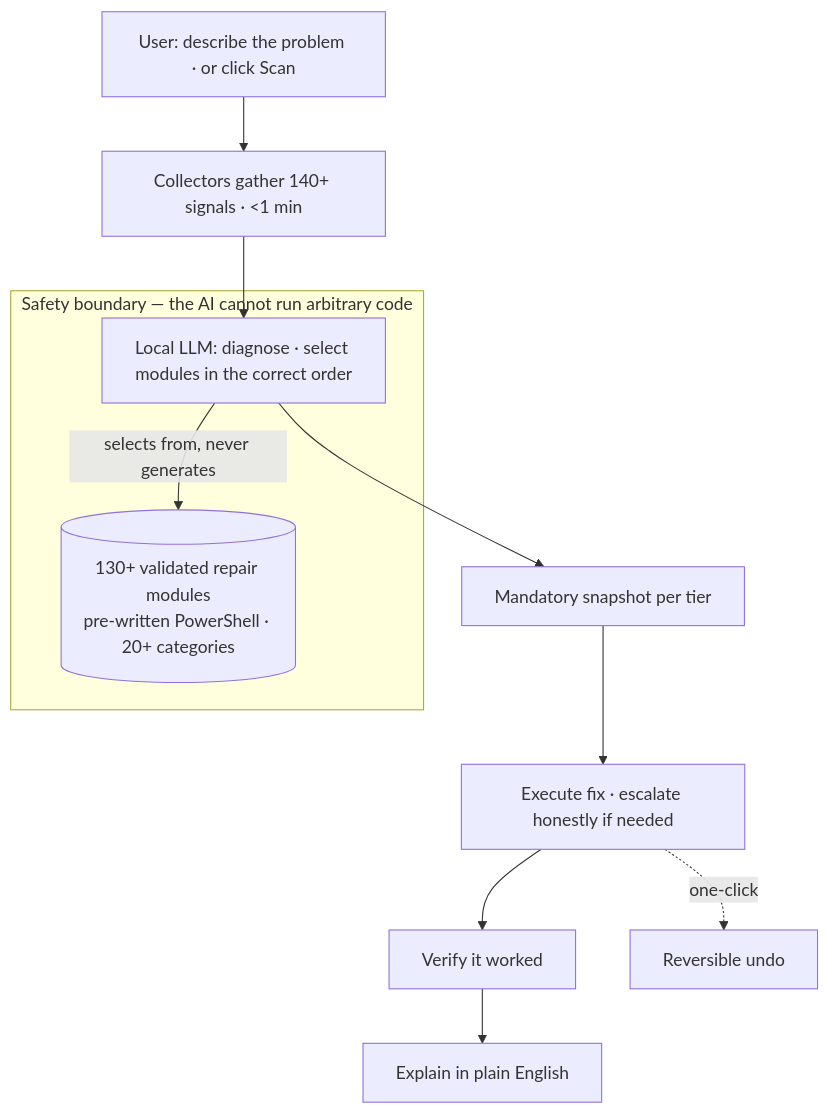
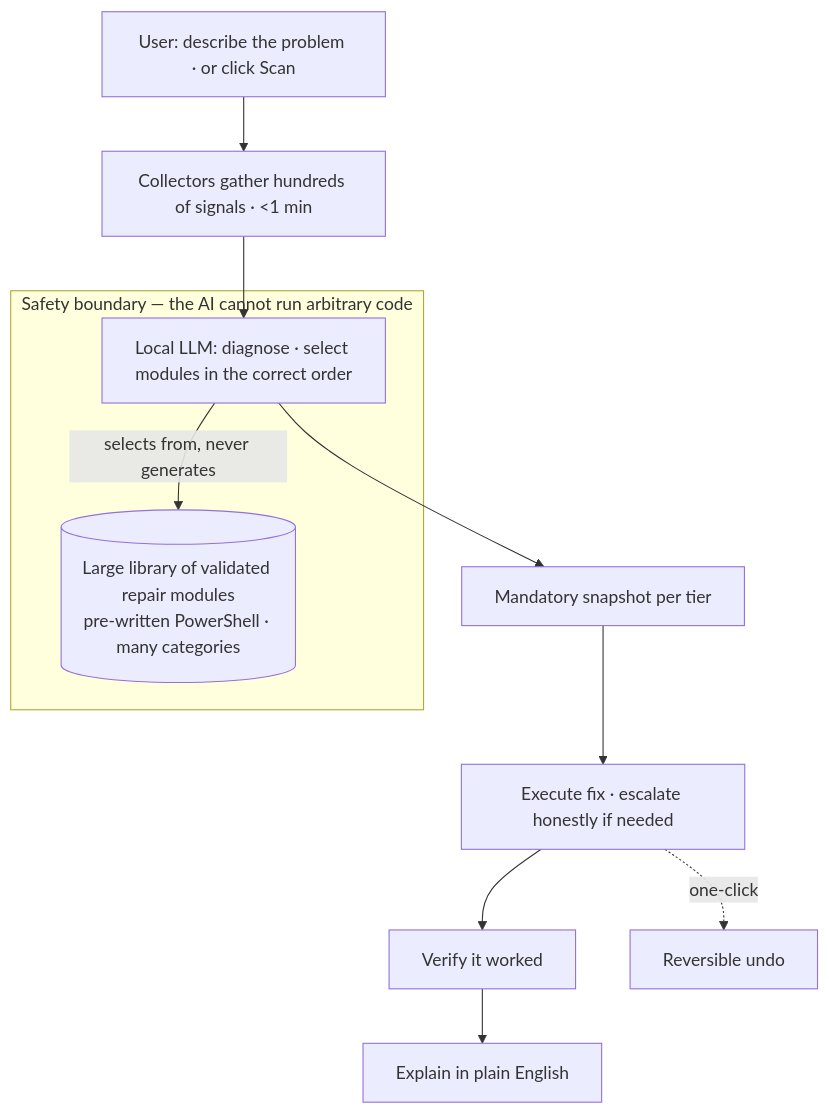
One commit to SFX-TECH/simplefixai-showcase changed the diagram in README.md. Above: the diagram before and after it, drawn with Mermaid. The commit also changed other lines of this file, not shown here.

Commit message:
Generalize codebase-composition counts (modules/categories/signals/tests/tiers) — trade-secret polish

````diff
--- a/README.md
+++ b/README.md
@@ -45,15 +45,15 @@
 ```mermaid
 flowchart TD
-    U["User: describe the problem · or click Scan"] --> C["Collectors gather 140+ signals · &lt;1 min"]
+    U["User: describe the problem · or click Scan"] --> C["Collectors gather hundreds of signals · &lt;1 min"]
     C --> AI["Local LLM: diagnose · select modules in the correct order"]
-    AI -->|selects from, never generates| LIB[("130+ validated repair modules<br/>pre-written PowerShell · 20+ categories")]
+    AI -->|selects from, never generates| LIB[("Large library of validated repair modules<br/>pre-written PowerShell · many categories")]
     AI --> SNAP["Mandatory snapshot per tier"]
     SNAP --> EXE["Execute fix · escalate honestly if needed"]
     EXE --> V["Verify it worked"]
     V --> EXP["Explain in plain English"]
     EXE -. one-click .-> UNDO["Reversible undo"]
     subgraph SB ["Safety boundary — the AI cannot run arbitrary code"]
       AI
       LIB
     end
 ```
````
